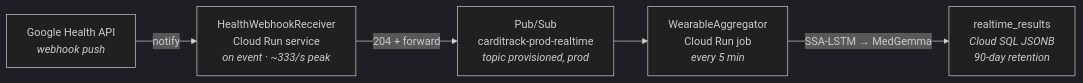
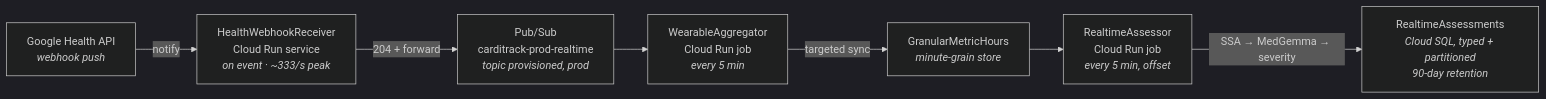
One commit to Codesistance/product-carditrack changed the second of 2 diagrams in docs/technical/data_sync_architecture.md. Above: the diagram before and after it, drawn with Mermaid (dark theme). The commit also changed other lines of this file and 34 other files, not shown here.

First line of the commit message:
Add the real-time assessment job: SSA -> MedGemma -> severity -> alerts

````diff
--- a/docs/technical/data_sync_architecture.md
+++ b/docs/technical/data_sync_architecture.md
@@ -74,10 +74,13 @@
 ```mermaid
 flowchart LR
   P0["Google Health API<br/><i>webhook push</i>"]
   P1["HealthWebhookReceiver<br/>Cloud Run service<br/><i>on event · ~333/s peak</i>"]
   P2["Pub/Sub<br/>carditrack-prod-realtime<br/><i>topic provisioned, prod</i>"]
   P3["WearableAggregator<br/>Cloud Run job<br/><i>every 5 min</i>"]
-  P4["realtime_results<br/><i>Cloud SQL JSONB</i><br/><i>90-day retention</i>"]
+  P5["GranularMetricHours<br/><i>minute-grain store</i>"]
+  P6["RealtimeAssessor<br/>Cloud Run job<br/><i>every 5 min, offset</i>"]
+  P4["RealtimeAssessments<br/><i>Cloud SQL, typed + partitioned</i><br/><i>90-day retention</i>"]
 
-  P0 -->|"notify"| P1 -->|"204 + forward"| P2 --> P3 -->|"SSA-LSTM → MedGemma"| P4
+  P0 -->|"notify"| P1 -->|"204 + forward"| P2 --> P3 -->|"targeted sync"| P5
+  P5 --> P6 -->|"SSA → MedGemma → severity"| P4
 ```
````
